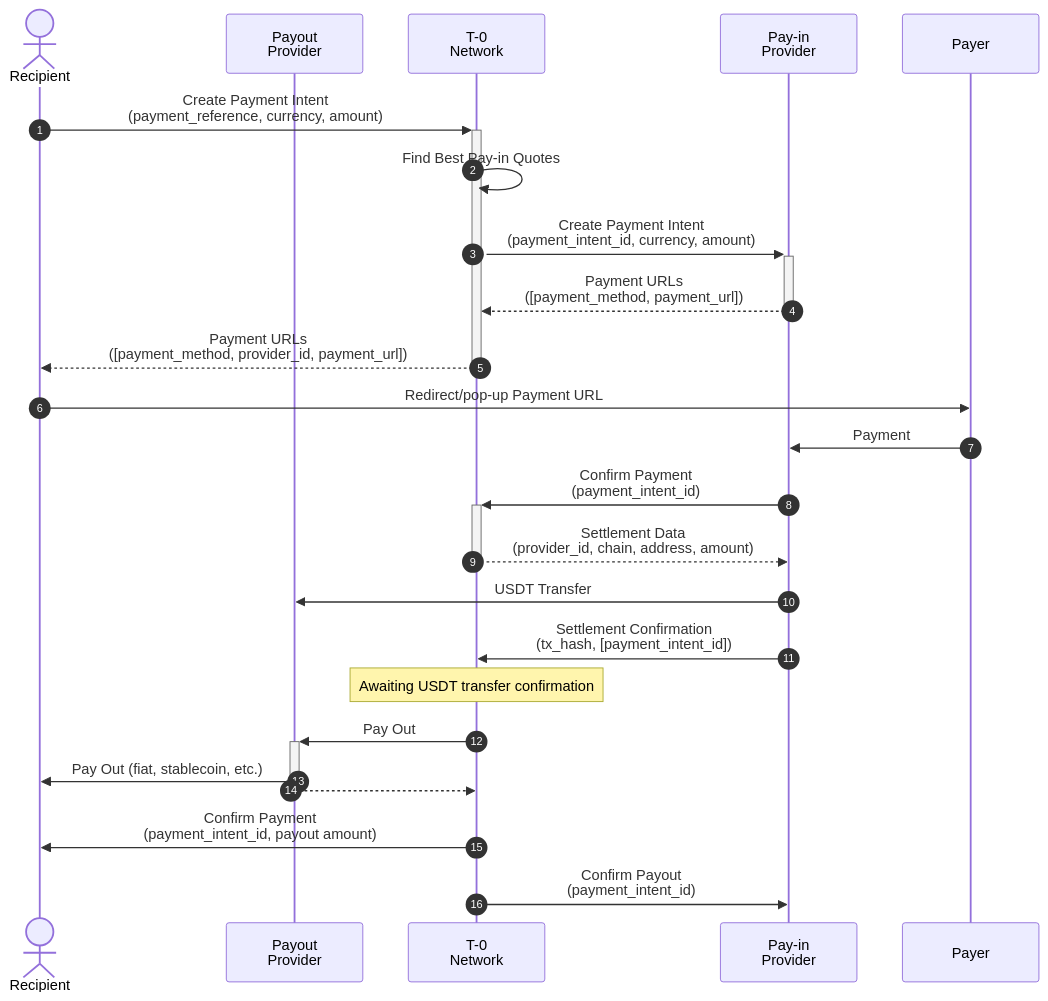
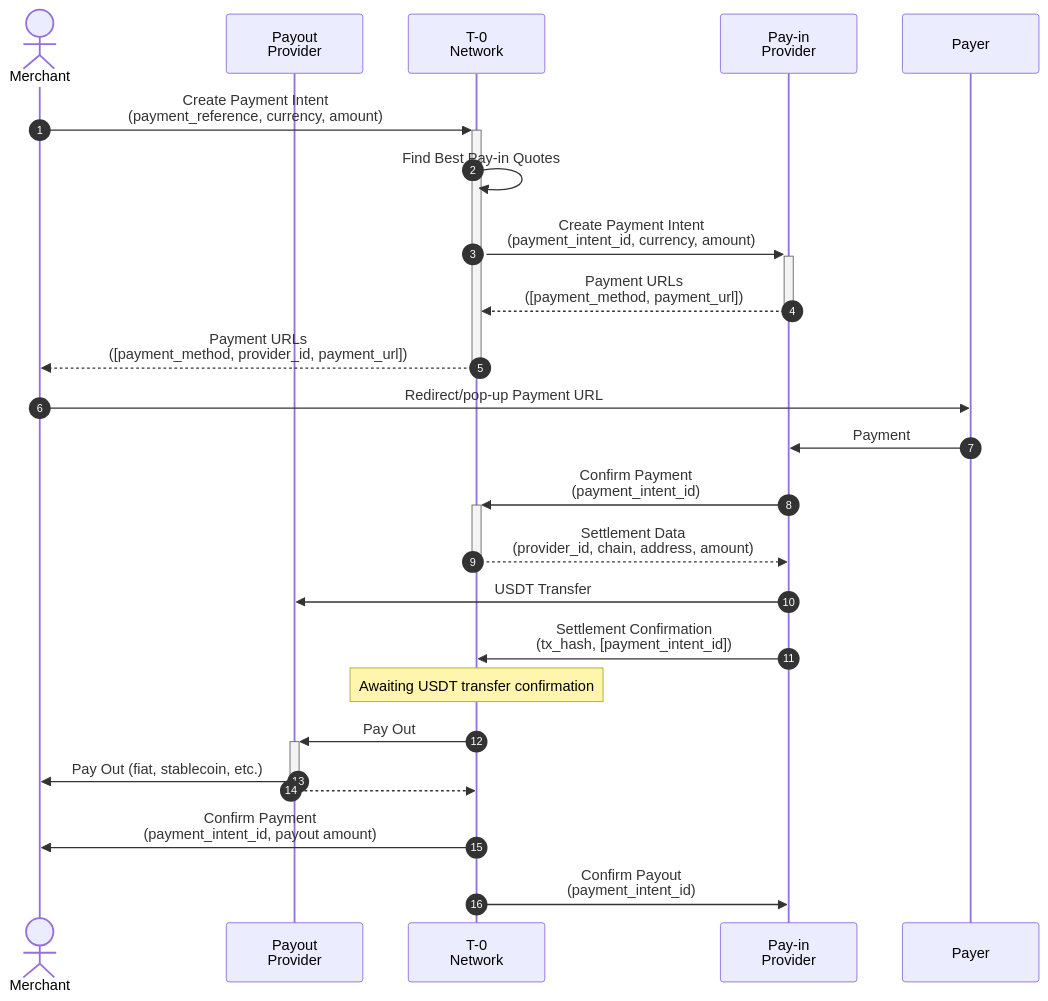
One commit to t-0-network/t-0-network.github.io changed the diagram in content/docs/network/payment-intent-flow.md. Above: the diagram before and after it, drawn with Mermaid. The commit also changed 1 other file, not shown here.

Commit message:
remove dashboard proto

````diff
--- a/content/docs/network/payment-intent-flow.md
+++ b/content/docs/network/payment-intent-flow.md
@@ -23,33 +23,33 @@
 ```mermaid
 sequenceDiagram
     autonumber
     
-    actor R as Recipient
+    actor R as Merchant
     participant TP as Payout<br/>Provider
     participant N as T-0<br/>Network
     participant PIP as Pay-in<br/>Provider
     participant P as Payer
 
     R->>+N: Create Payment Intent<br/>(payment_reference, currency, amount)
     N->>N: Find Best Pay-in Quotes
     N->>+PIP: Create Payment Intent<br/>(payment_intent_id, currency, amount)
     PIP-->>-N: Payment URLs<br/>([payment_method, payment_url])
     N-->>-R: Payment URLs<br/>([payment_method, provider_id, payment_url])
 
     R->>P: Redirect/pop-up Payment URL
     P->>PIP: Payment
 
     PIP->>+N: Confirm Payment<br/>(payment_intent_id)
     N-->>-PIP: Settlement Data<br/>(provider_id, chain, address, amount)
 
     PIP->>TP: USDT Transfer
     PIP->>N: Settlement Confirmation<br/>(tx_hash, [payment_intent_id])
     
     Note over N: Awaiting USDT transfer confirmation
 
     N->>+TP: Pay Out
     TP->>R: Pay Out (fiat, stablecoin, etc.)
     TP-->>-N: 
     N->>R: Confirm Payment<br/>(payment_intent_id, payout amount)
     N->>PIP: Confirm Payout<br/>(payment_intent_id)
 ```
````
